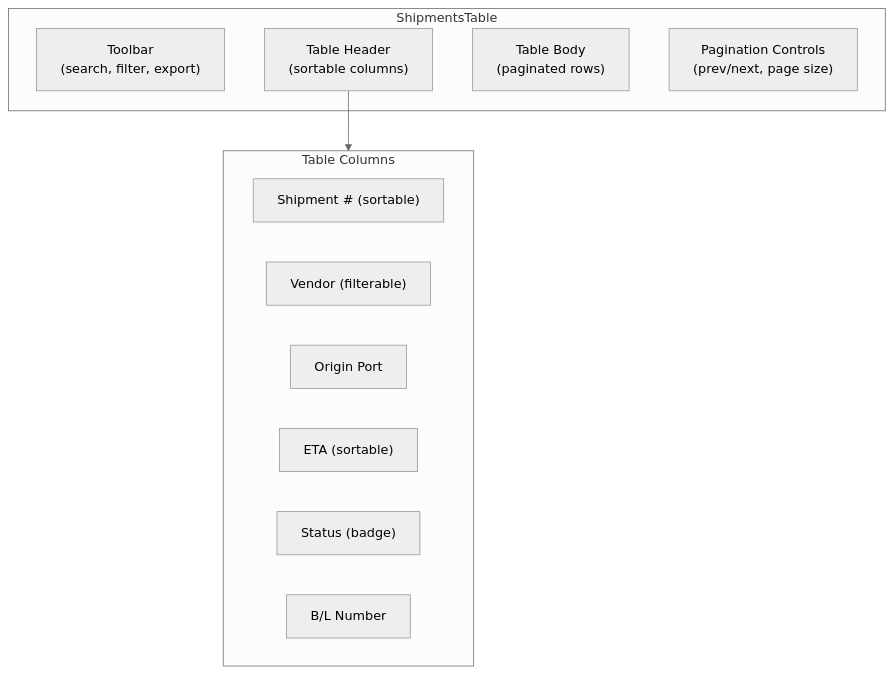
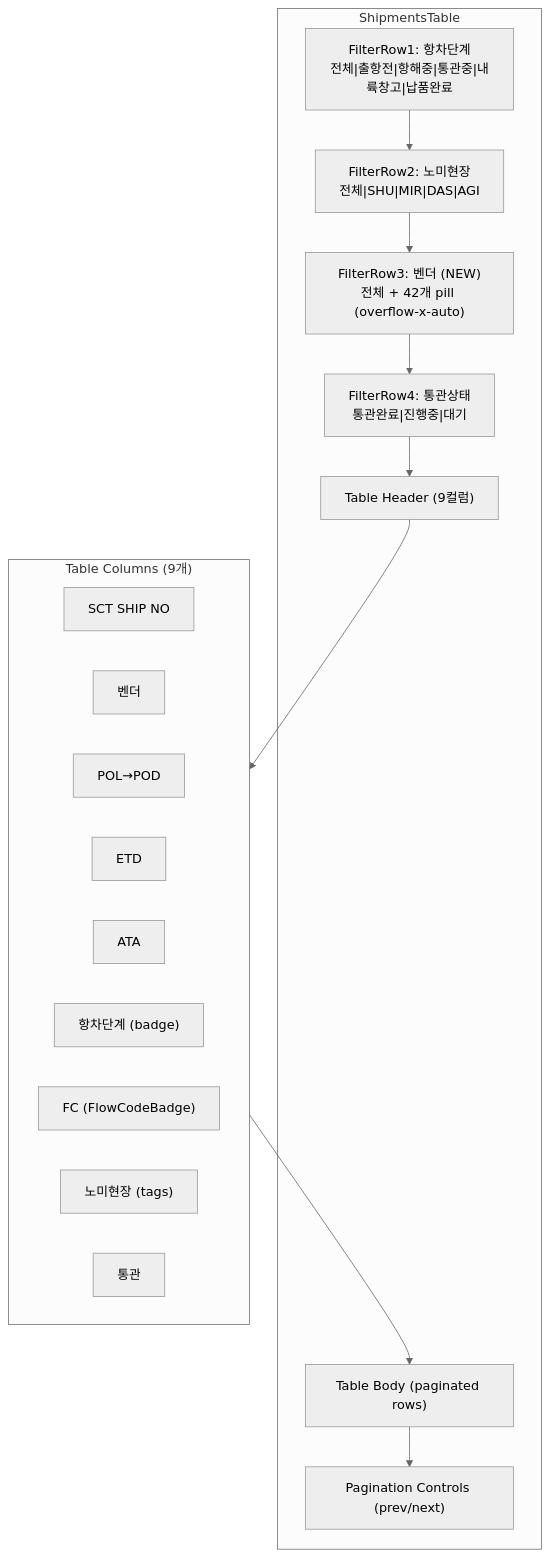
Before and after one commit to macho715/logi_hvdc_dash: diagram 11 of 30 in apps/logistics-dashboard/docs/COMPONENTS.md, drawn with Mermaid (neutral theme). The commit also changed other lines of this file and 80 other files, not shown here.

````diff
--- a/apps/logistics-dashboard/docs/COMPONENTS.md
+++ b/apps/logistics-dashboard/docs/COMPONENTS.md
@@ -390,20 +431,28 @@
 ```mermaid
 graph TD
     subgraph Table["ShipmentsTable"]
-        Toolbar["Toolbar<br/>(search, filter, export)"]
-        Header["Table Header<br/>(sortable columns)"]
-        Body["Table Body<br/>(paginated rows)"]
-        Footer["Pagination Controls<br/>(prev/next, page size)"]
+        FR1["FilterRow1: 항차단계<br/>전체|출항전|항해중|통관중|내륙창고|납품완료"]
+        FR2["FilterRow2: 노미현장<br/>전체|SHU|MIR|DAS|AGI"]
+        FR3["FilterRow3: 벤더 (NEW)<br/>전체 + 42개 pill (overflow-x-auto)"]
+        FR4["FilterRow4: 통관상태<br/>통관완료|진행중|대기"]
+        Header["Table Header (9컬럼)"]
+        Body["Table Body (paginated rows)"]
+        Footer["Pagination Controls (prev/next)"]
     end
 
-    subgraph Columns["Table Columns"]
-        C1["Shipment # (sortable)"]
-        C2["Vendor (filterable)"]
-        C3["Origin Port"]
-        C4["ETA (sortable)"]
-        C5["Status (badge)"]
-        C6["B/L Number"]
+    subgraph Columns["Table Columns (9개)"]
+        C1["SCT SHIP NO"]
+        C2["벤더"]
+        C3["POL→POD"]
+        C4["ETD"]
+        C5["ATA"]
+        C6["항차단계 (badge)"]
+        C7["FC (FlowCodeBadge)"]
+        C8["노미현장 (tags)"]
+        C9["통관"]
     end
 
-    Header --> Columns
+    FR1 --> FR2 --> FR3 --> FR4
+    FR4 --> Header --> Columns
+    Columns --> Body --> Footer
 ```
````
